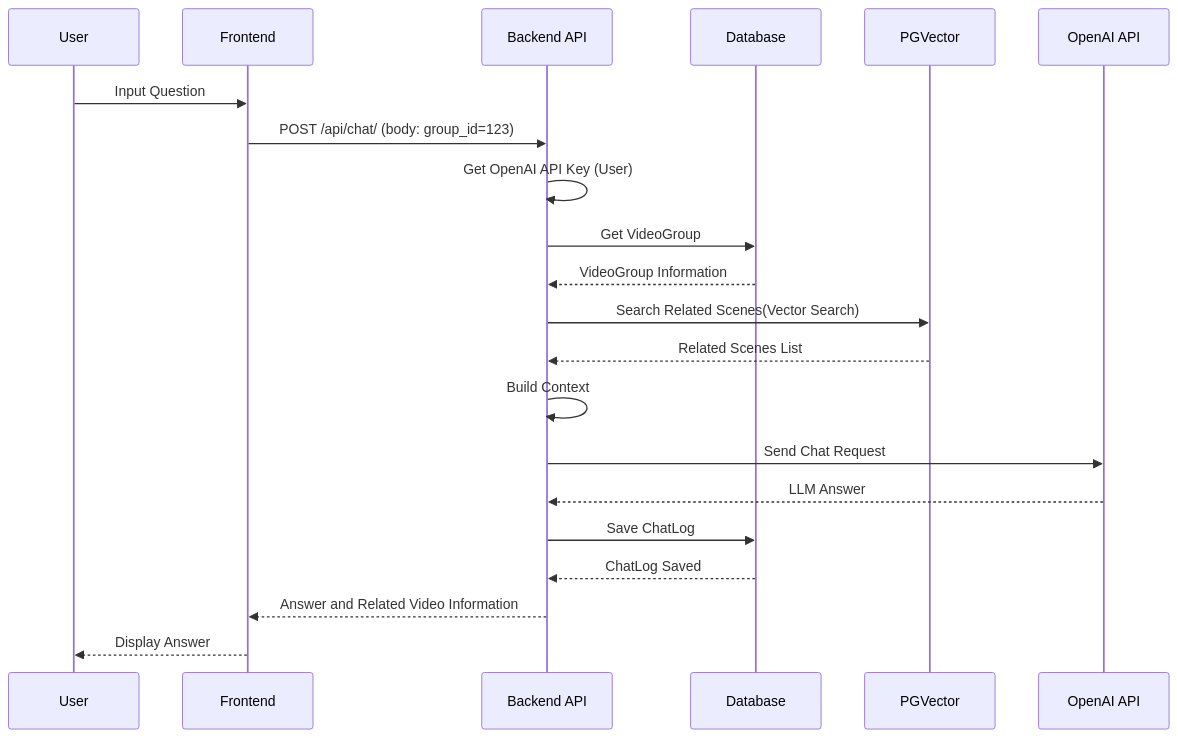
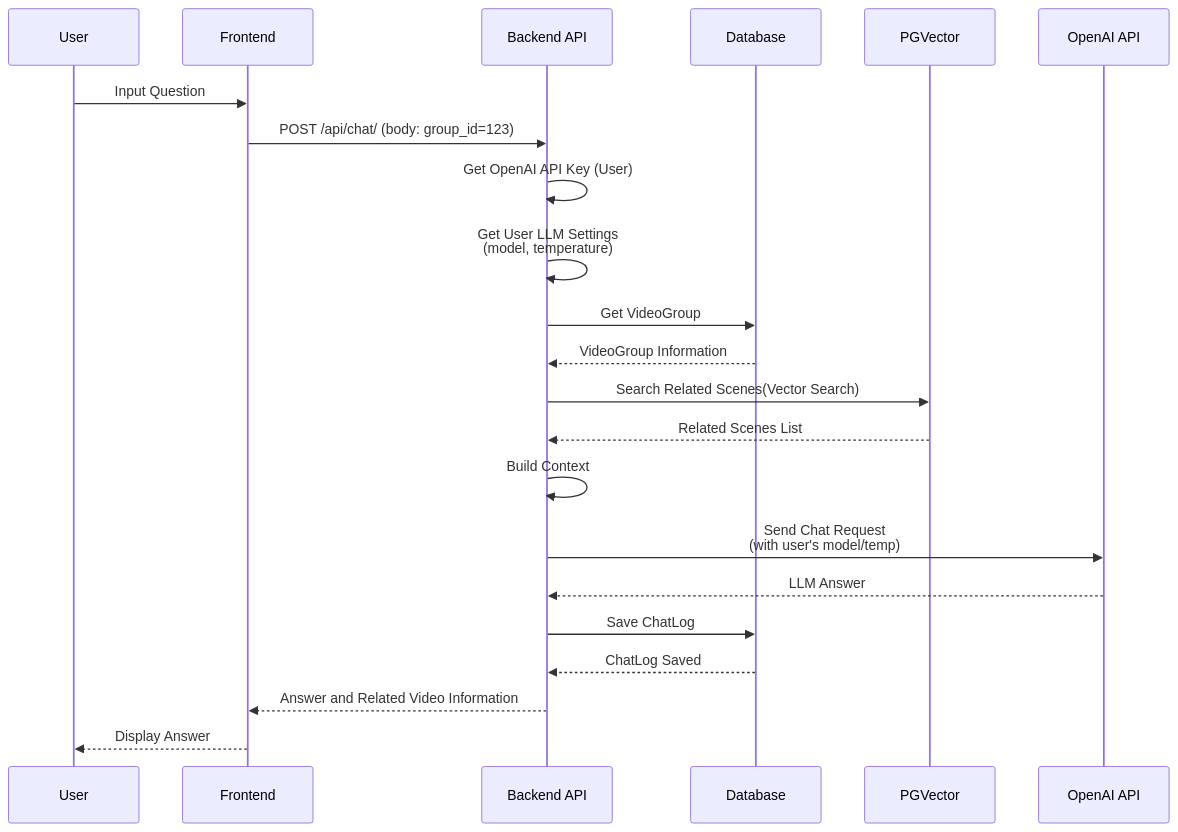
The second of 6 diagrams in docs/design/sequence-diagram.md (yukiharada1228/videoq), drawn with Mermaid before and after one commit. The commit also changed other lines of this file and 6 other files, not shown here.

First line of the commit message:
docs: Update documentation for user-configurable LLM settings

````diff
--- a/docs/design/sequence-diagram.md
+++ b/docs/design/sequence-diagram.md
@@ -55,24 +55,25 @@
 ```mermaid
 sequenceDiagram
     participant User as User
     participant Frontend as Frontend
     participant Backend as Backend API
     participant DB as Database
     participant PGVector as PGVector
     participant OpenAI as OpenAI API
 
     User->>Frontend: Input Question
     Frontend->>Backend: POST /api/chat/ (body: group_id=123)
     Backend->>Backend: Get OpenAI API Key (User)
+    Backend->>Backend: Get User LLM Settings<br/>(model, temperature)
     Backend->>DB: Get VideoGroup
     DB-->>Backend: VideoGroup Information
     Backend->>PGVector: Search Related Scenes(Vector Search)
     PGVector-->>Backend: Related Scenes List
     Backend->>Backend: Build Context
-    Backend->>OpenAI: Send Chat Request
+    Backend->>OpenAI: Send Chat Request<br/>(with user's model/temp)
     OpenAI-->>Backend: LLM Answer
     Backend->>DB: Save ChatLog
     DB-->>Backend: ChatLog Saved
     Backend-->>Frontend: Answer and Related Video Information
     Frontend-->>User: Display Answer
 ```
````
